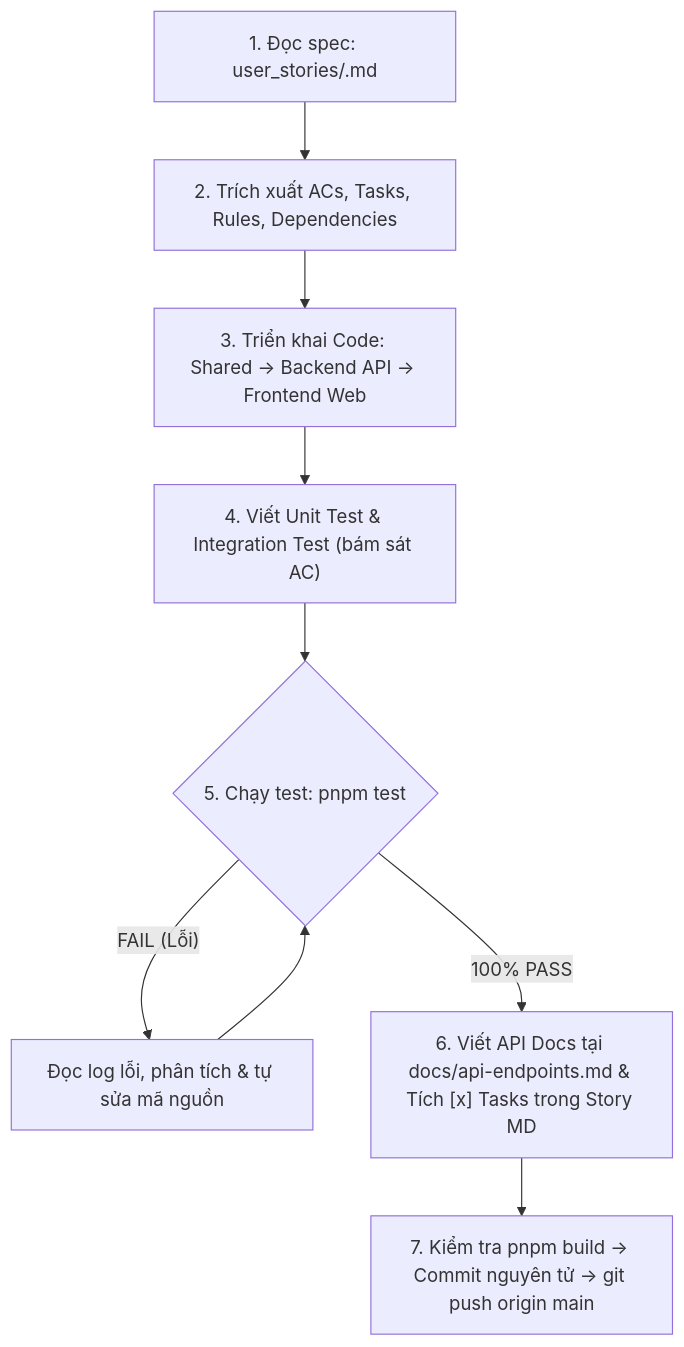
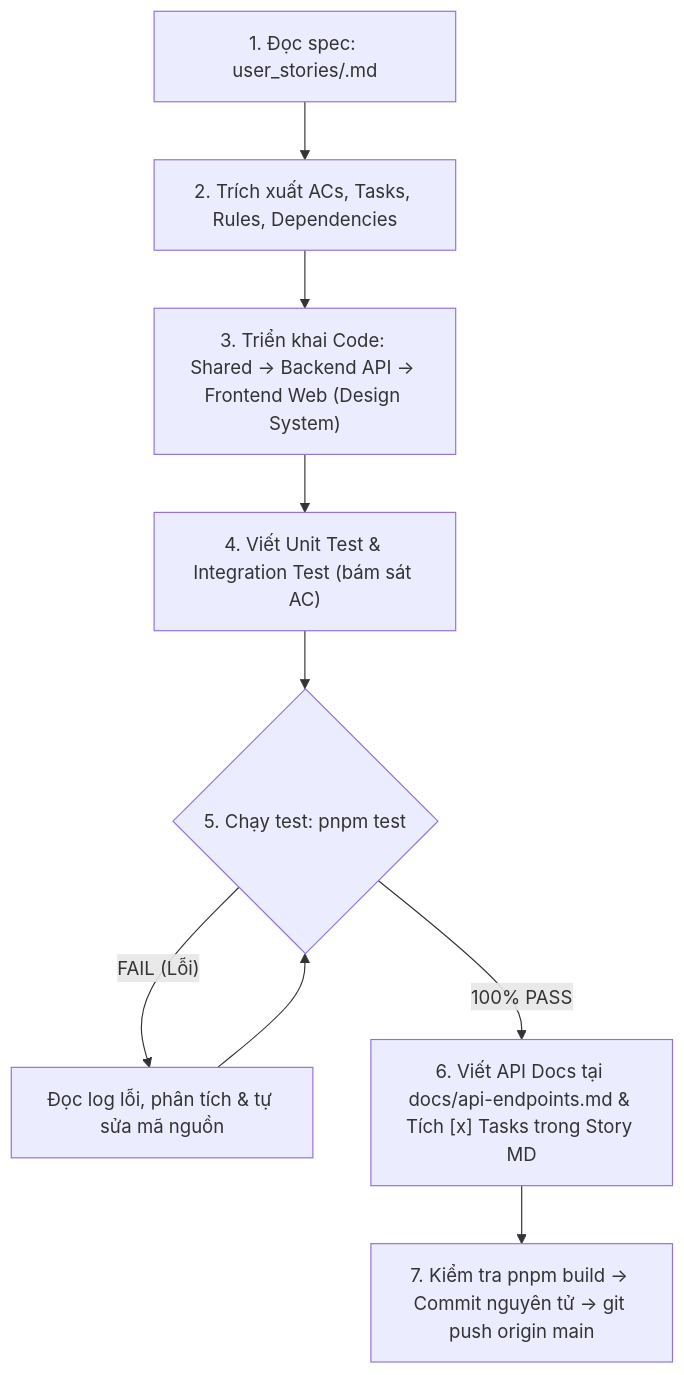
Before and after one commit to hienvanla5/dia_chinh_so: the diagram in AGENTS.md, drawn with Mermaid. The commit also changed other lines of this file and 2 other files, not shown here.

Commit message:
docs(skills): enforce ui/ux design system constraints and anti-ai pitfalls rules

````diff
--- a/AGENTS.md
+++ b/AGENTS.md
@@ -42,11 +51,11 @@
 ```mermaid
 flowchart TD
     S1["1. Đọc spec: user_stories/<STORY_ID>.md"] --> S2["2. Trích xuất ACs, Tasks, Rules, Dependencies"]
-    S2 --> S3["3. Triển khai Code: Shared -> Backend API -> Frontend Web"]
+    S2 --> S3["3. Triển khai Code: Shared -> Backend API -> Frontend Web (Design System)"]
     S3 --> S4["4. Viết Unit Test & Integration Test (bám sát AC)"]
     S4 --> S5{"5. Chạy test: pnpm test"}
     S5 -- "FAIL (Lỗi)" --> S5_Fix["Đọc log lỗi, phân tích & tự sửa mã nguồn"]
     S5_Fix --> S5
     S5 -- "100% PASS" --> S6["6. Viết API Docs tại docs/api-endpoints.md & Tích [x] Tasks trong Story MD"]
     S6 --> S7["7. Kiểm tra pnpm build -> Commit nguyên tử -> git push origin main"]
 ```
````
